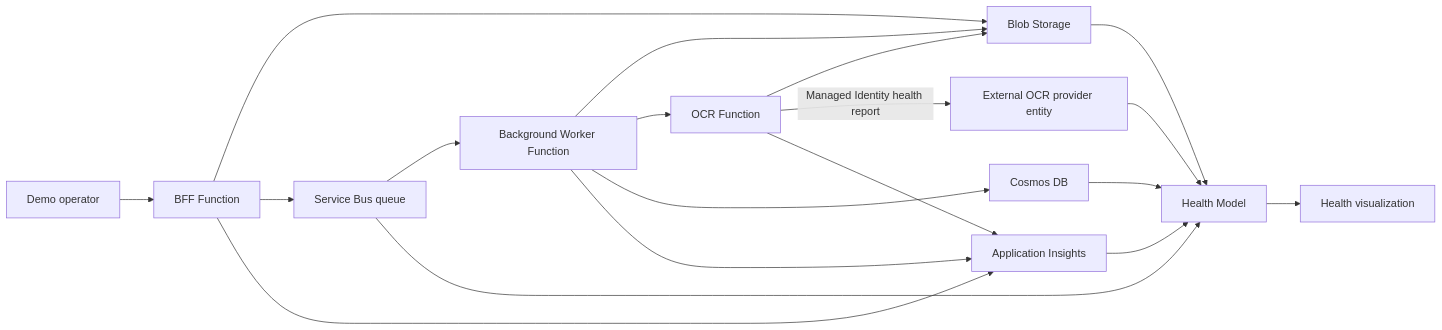
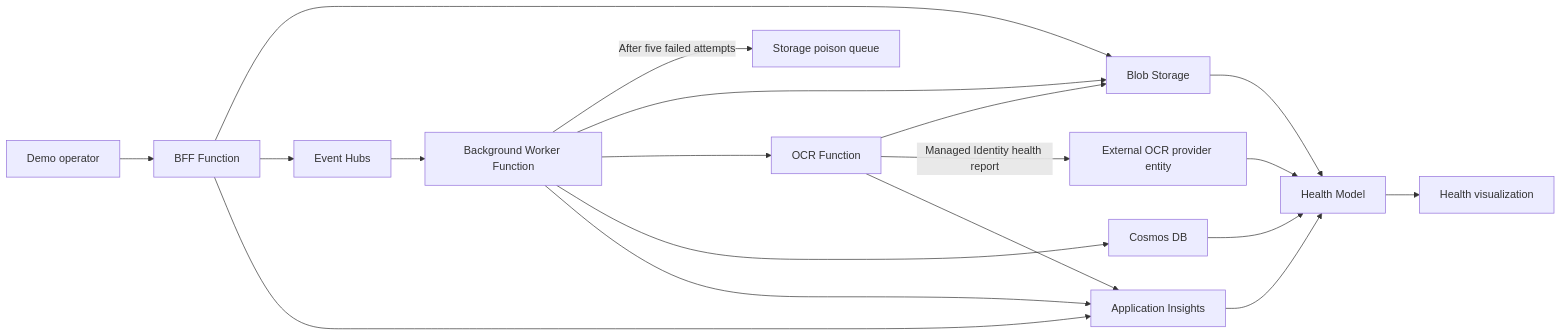
The diagram in docs/DESIGN.md (msimecek/AHM-Demo-Environment), drawn with Mermaid before and after one commit. The commit also changed other lines of this file and 15 other files, not shown here.

Commit message:
Switch to EventHubs

````diff
--- a/docs/DESIGN.md
+++ b/docs/DESIGN.md
@@ -6,21 +6,21 @@
 ```mermaid
 flowchart LR
     user[Demo operator] --> bff[BFF Function]
     bff --> storage[Blob Storage]
-    bff --> queue[Service Bus queue]
+    bff --> queue[Event Hubs]
     queue --> worker[Background Worker Function]
+    worker -->|After five failed attempts| poison[Storage poison queue]
     worker --> storage
     worker --> ocr[OCR Function]
     ocr --> storage
     ocr -->|Managed Identity health report| external[External OCR provider entity]
     external --> health
     worker --> db[Cosmos DB]
     bff --> telemetry[Application Insights]
     worker --> telemetry
     ocr --> telemetry
     storage --> health[Health Model]
-    queue --> health
     db --> health
     telemetry --> health
     health --> dashboard[Health visualization]
 ```
````
